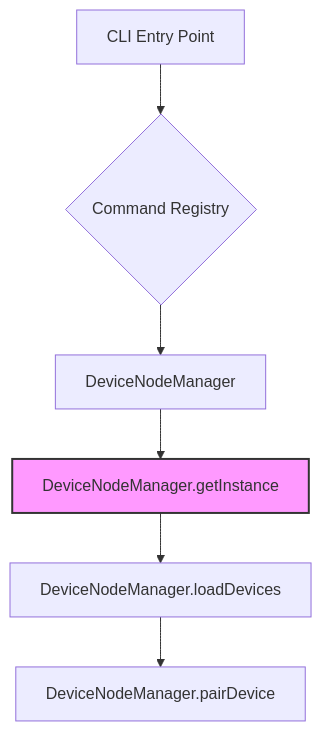
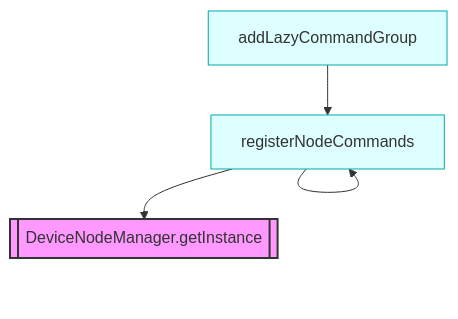
The diagram in .codebuddy/docs/3b-cli-and-slash-commands-shared-utilities.md (Zeeeepa/code-buddy), drawn with Mermaid before and after one commit. The commit also changed other lines of this file and 29 other files, not shown here.

````diff
--- a/.codebuddy/docs/3b-cli-and-slash-commands-shared-utilities.md
+++ b/.codebuddy/docs/3b-cli-and-slash-commands-shared-utilities.md
@@ -21,10 +19,12 @@
 ```mermaid
 graph TD
-    A[CLI Entry Point] --> B{Command Registry}
-    B --> C[DeviceNodeManager]
-    C --> D[DeviceNodeManager.getInstance]
-    D --> E[DeviceNodeManager.loadDevices]
-    E --> F[DeviceNodeManager.pairDevice]
-    
-    style D fill:#f9f,stroke:#333,stroke-width:2px
+    N0[["DeviceNodeManager.getInstance"]]
+    N1["registerNodeCommands"]
+    N2["addLazyCommandGroup"]
+    N1 --> N0
+    N1 --> N1
+    N2 --> N1
+    style N0 fill:#f9f,stroke:#333,stroke-width:2px
+    style N1 fill:#dff,stroke:#0aa
+    style N2 fill:#dff,stroke:#0aa
 ```
````
